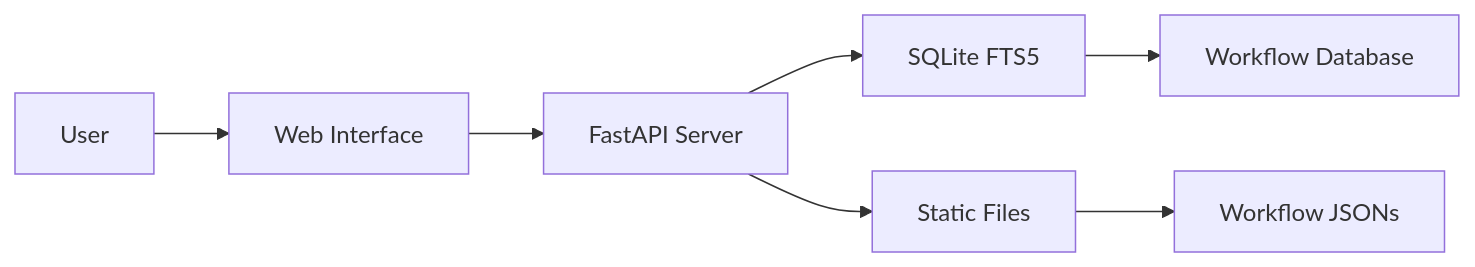
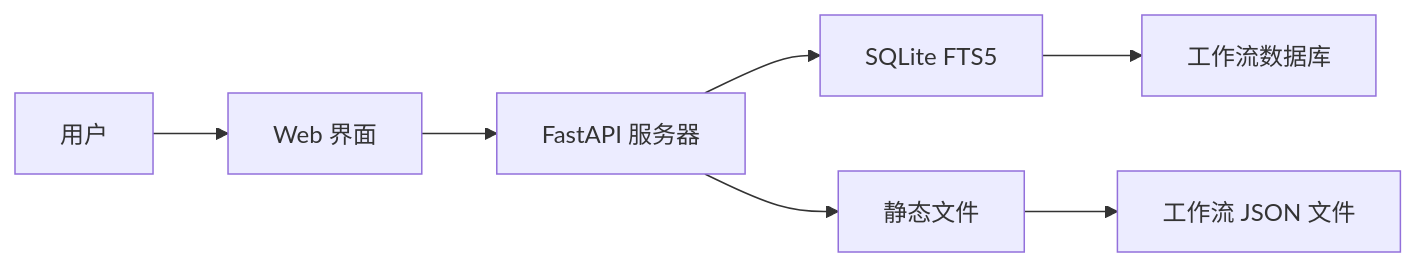
The diagram in README.md (Zie619/n8n-workflows), drawn with Mermaid before and after one commit. The commit also changed other lines of this file and 4 other files, not shown here.

````diff
--- a/README.md
+++ b/README.md
@@ -129,9 +129,9 @@
 ```mermaid
 graph LR
-    A[User] --> B[Web Interface]
-    B --> C[FastAPI Server]
+    A[用户] --> B[Web 界面]
+    B --> C[FastAPI 服务器]
     C --> D[SQLite FTS5]
-    D --> E[Workflow Database]
-    C --> F[Static Files]
-    F --> G[Workflow JSONs]
+    D --> E[工作流数据库]
+    C --> F[静态文件]
+    F --> G[工作流 JSON 文件]
 ```
````
